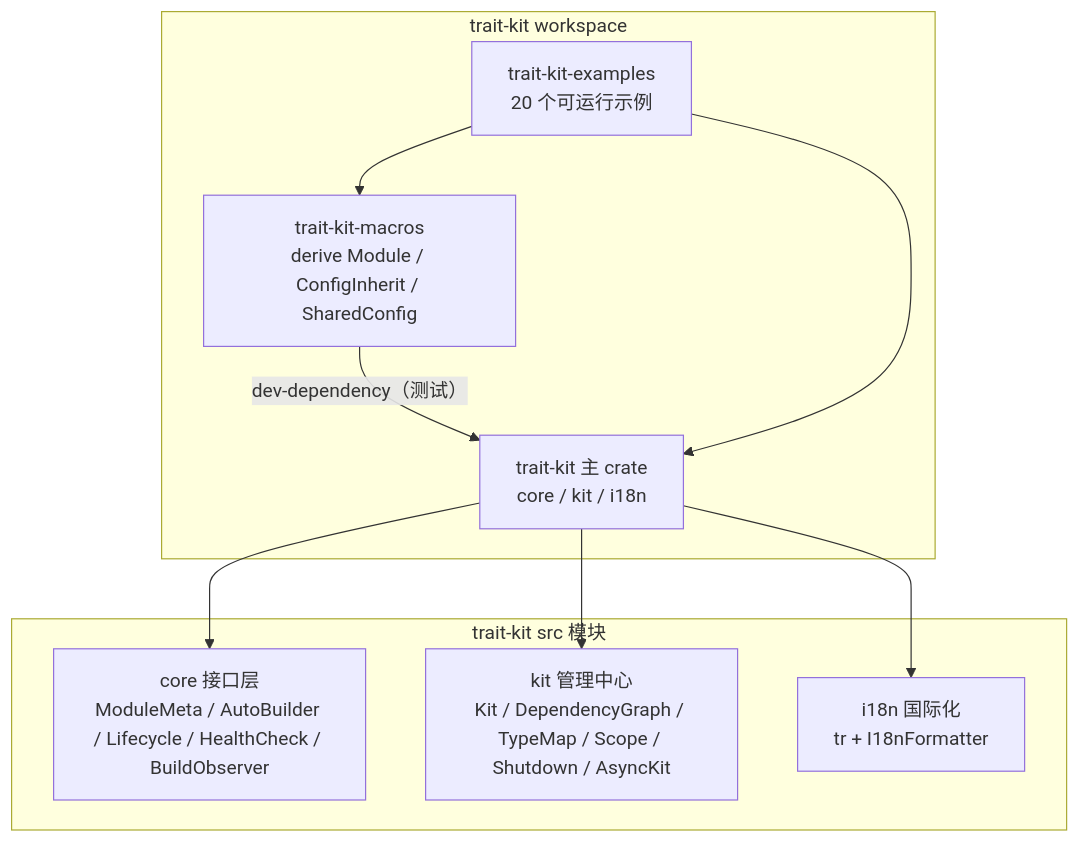
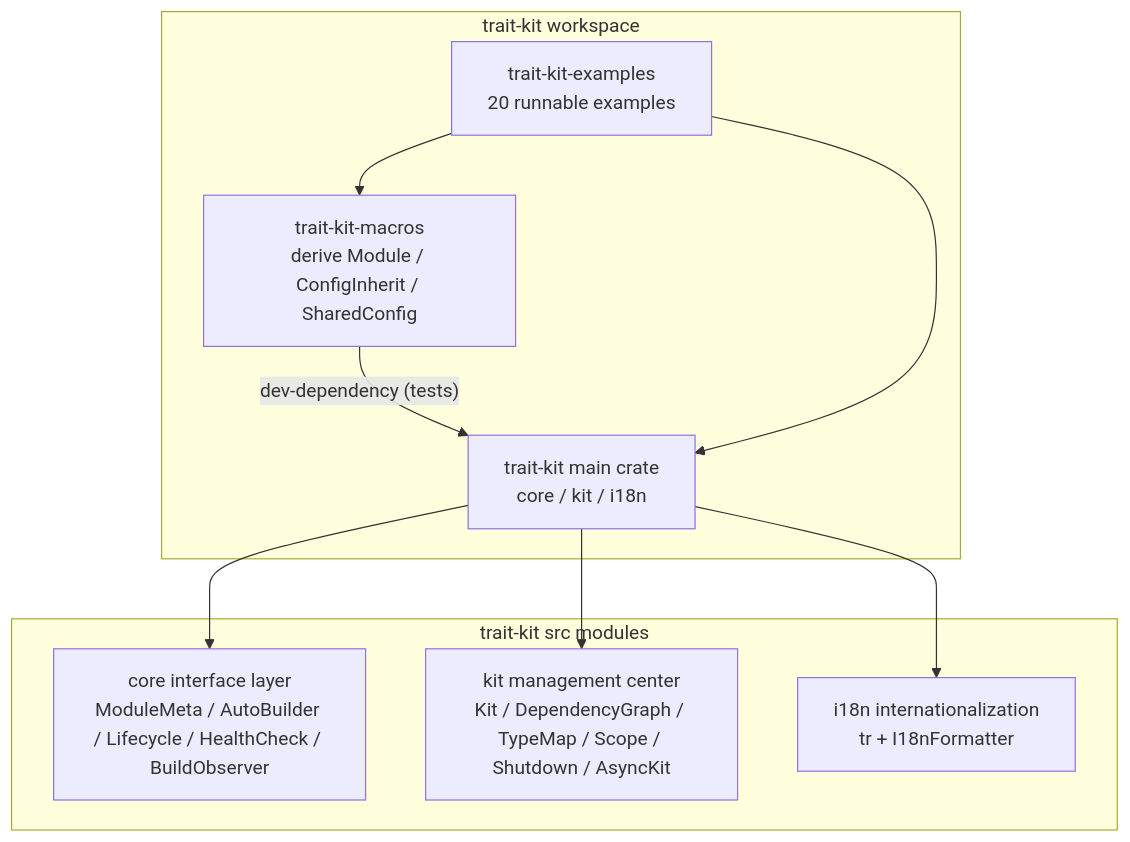
The first of 6 diagrams in docs/en/ARCHITECTURE.md (Kirky-X/trait-kit), drawn with Mermaid before and after one commit. The commit also changed other lines of this file and 10 other files, not shown here.

````diff
--- a/docs/en/ARCHITECTURE.md
+++ b/docs/en/ARCHITECTURE.md
@@ -27,21 +27,21 @@
 ```mermaid
 flowchart TD
     subgraph ws["trait-kit workspace"]
-        TK["trait-kit 主 crate<br/>core / kit / i18n"]
+        TK["trait-kit main crate<br/>core / kit / i18n"]
         MAC["trait-kit-macros<br/>derive Module / ConfigInherit / SharedConfig"]
-        EX["trait-kit-examples<br/>20 个可运行示例"]
+        EX["trait-kit-examples<br/>20 runnable examples"]
     end
 
-    subgraph tk["trait-kit src 模块"]
-        CORE["core 接口层<br/>ModuleMeta / AutoBuilder / Lifecycle / HealthCheck / BuildObserver"]
-        KIT["kit 管理中心<br/>Kit / DependencyGraph / TypeMap / Scope / Shutdown / AsyncKit"]
-        I18N["i18n 国际化<br/>tr + I18nFormatter"]
+    subgraph tk["trait-kit src modules"]
+        CORE["core interface layer<br/>ModuleMeta / AutoBuilder / Lifecycle / HealthCheck / BuildObserver"]
+        KIT["kit management center<br/>Kit / DependencyGraph / TypeMap / Scope / Shutdown / AsyncKit"]
+        I18N["i18n internationalization<br/>tr + I18nFormatter"]
     end
 
     TK --> CORE
     TK --> KIT
     TK --> I18N
-    MAC -->|"dev-dependency（测试）"| TK
+    MAC -->|"dev-dependency (tests)"| TK
     EX --> TK
     EX --> MAC
 ```
````
